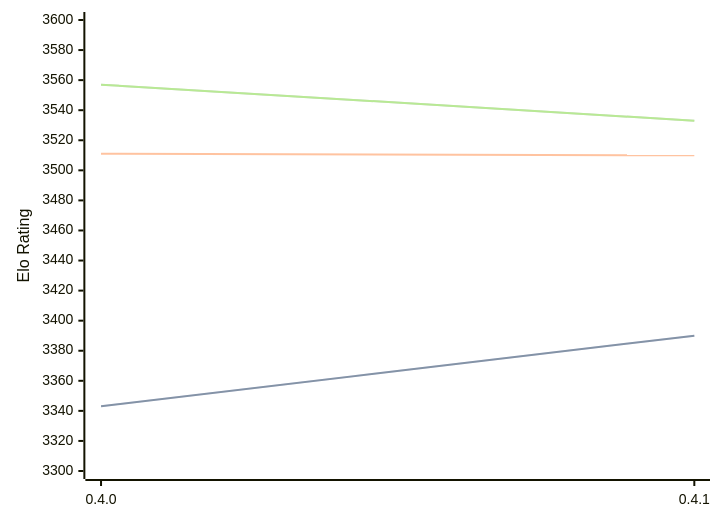
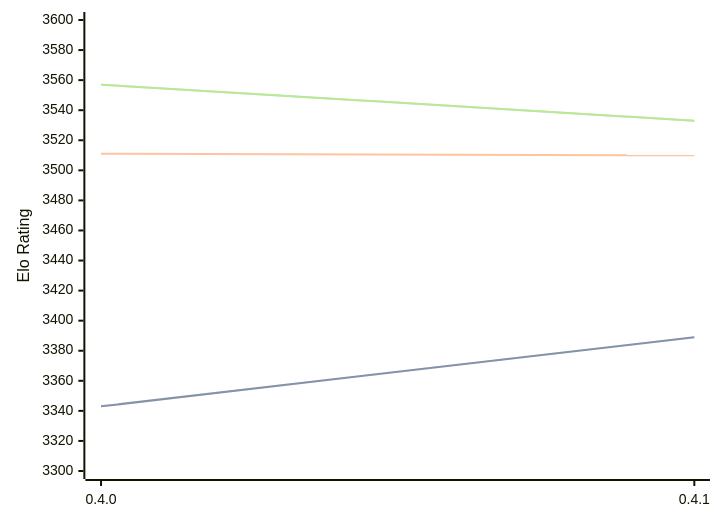
Before and after one commit to computer-chess-index/cci: the diagram in engines/Cinder.md, drawn with Mermaid. The commit also changed other lines of this file, not shown here.

Commit message:
Update CCI Ratings (ELO VLTC) - 2026-02-14

````diff
--- a/engines/Cinder.md
+++ b/engines/Cinder.md
@@ -37,11 +37,11 @@
 ```mermaid
 %%{init: {"theme":"base","themeVariables":{"seriesColors:['#a3a3a3','#222221','#faa371']}}}%%
 xychart-beta
   x-axis ["0.4.0", "0.4.1"]
   y-axis "Elo Rating" 3300 --> 3600
-  line "STC (8.0+0.08s)" [3343, 3390]
-  line "STC (8.0+0.08s)" [3343, 3390]
+  line "STC (8.0+0.08s)" [3343, 3389]
+  line "STC (8.0+0.08s)" [3343, 3389]
   line "LTC (60.0+0.60s)" [3511, 3510]
   line "VLTC (2m24s+1.12s)" [3557, 3533]
   line "VLTC (2m24s+1.12s)" [3557, 3533]
 ```
````
